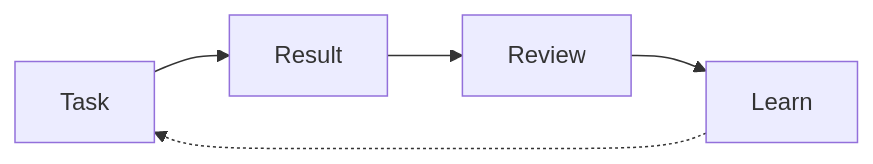
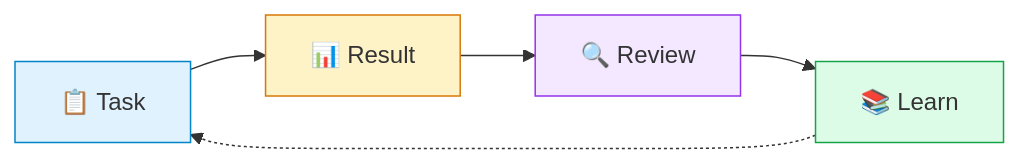
The second of 5 diagrams in README.md (mangiapanejohn-dev/Resonix-AG), drawn with Mermaid before and after one commit. The commit also changed other lines of this file, not shown here.

First line of the commit message:
docs: improve Key Features diagrams

````diff
--- a/README.md
+++ b/README.md
@@ -89,7 +96,11 @@
 ```mermaid
 flowchart LR
-    T[Task] --> R[Result]
-    R --> Ret[Review]
-    Ret --> L[Learn]
-    L -.-> T
+    A[📋 Task] --> B[📊 Result]
+    B --> C[🔍 Review]
+    C --> D[📚 Learn]
+    D -.-> A
+    style A fill:#e0f2fe,stroke:#0284c7
+    style B fill:#fef3c7,stroke:#d97706
+    style C fill:#f3e8ff,stroke:#9333ea
+    style D fill:#dcfce7,stroke:#16a34a
 ```
````
